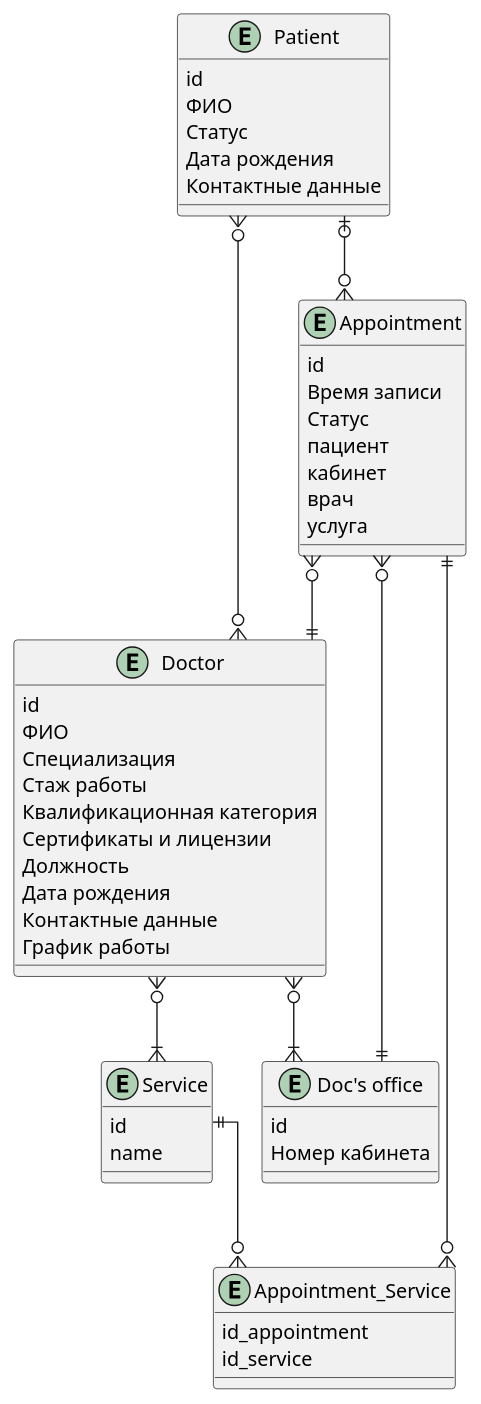
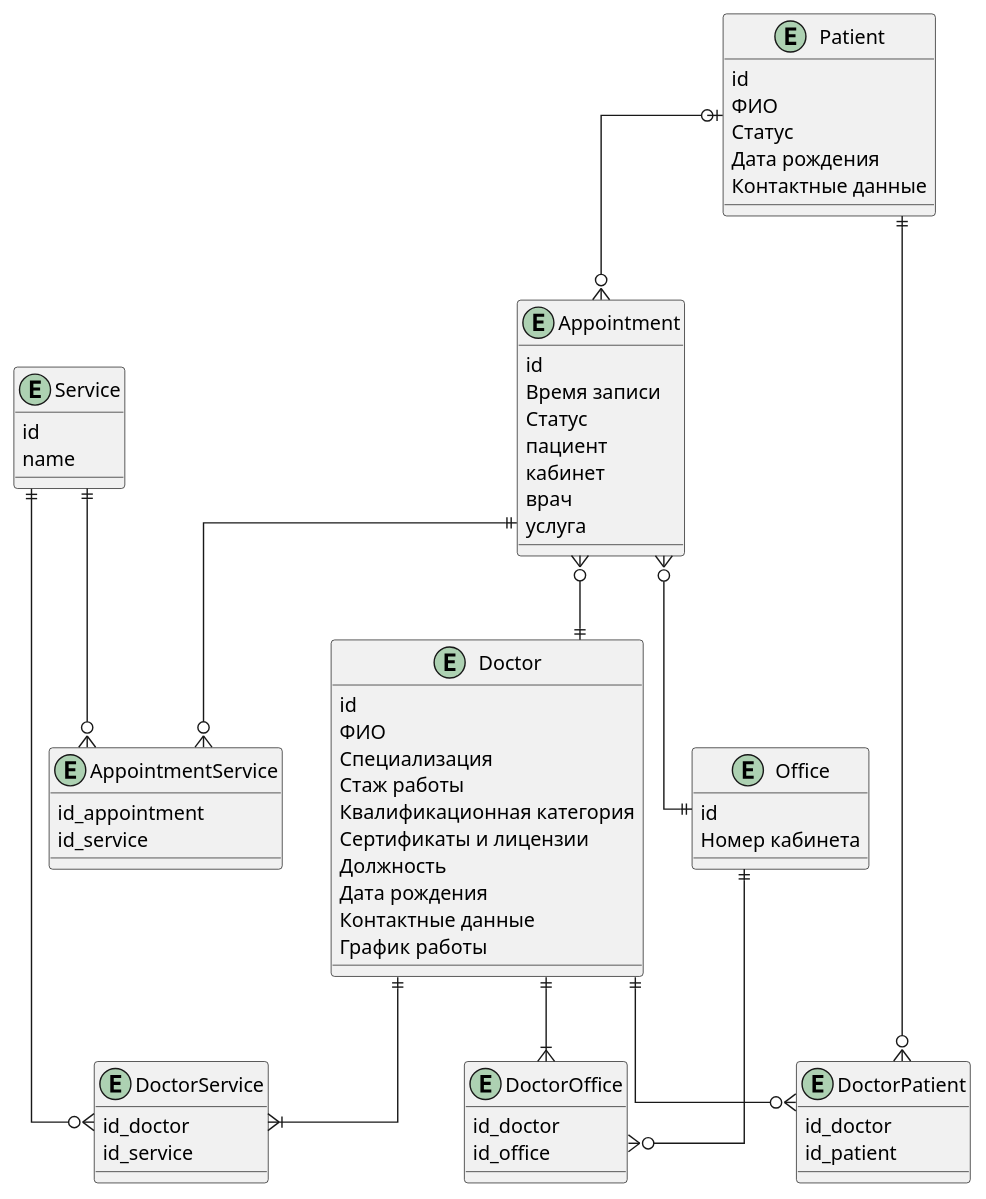
One commit to Ankeru/archive changed the diagram in PluntUML/med_centre_ERD.puml. Above: the diagram before and after it, drawn with PlantUML.

Commit message:
Update med_centre_ERD.puml
Провел декомпозицию отношений

```diff
--- a/PluntUML/med_centre_ERD.puml
+++ b/PluntUML/med_centre_ERD.puml
@@ -1,53 +1,67 @@
 @startuml
 skinparam linetype ortho
 entity "Patient" as p {
 id
 ФИО
 Статус
 Дата рождения
 Контактные данные
 }
 entity "Doctor" as d {
 id
 ФИО
 Специализация
 Стаж работы
 Квалификационная категория
 Сертификаты и лицензии
 Должность
 Дата рождения
 Контактные данные
 График работы
 }
-entity "Doc's office" as do {
+entity "Office" as of {
 id
 Номер кабинета
 }
 entity "Appointment" as ap {
 id
 Время записи
 Статус
 пациент
 кабинет
 врач
 услуга
 }
 entity "Service" as s {
 id
 name
 }
-entity "Appointment_Service" as as {
+entity "AppointmentService" as as {
 id_appointment
 id_service
 }
+entity "DoctorService" as ds {
+id_doctor
+id_service
+}
+entity "DoctorOffice" as do {
+id_doctor
+id_office
+}
+entity "DoctorPatient" as dp {
+id_doctor
+id_patient
+}
 
-
-d }o--|{ do
-d }o--|{ s
-p }o--o{ d
+d ||--|{ do
+of ||--o{ do
+d ||--|{ ds
+s ||--o{ ds
+d ||--o{ dp
+p ||--o{ dp
 p |o--o{ ap
 ap }o--|| d
-ap }o--|| do
+ap }o--|| of 
 ap ||--o{ as
 s ||--o{ as
 @enduml
```
